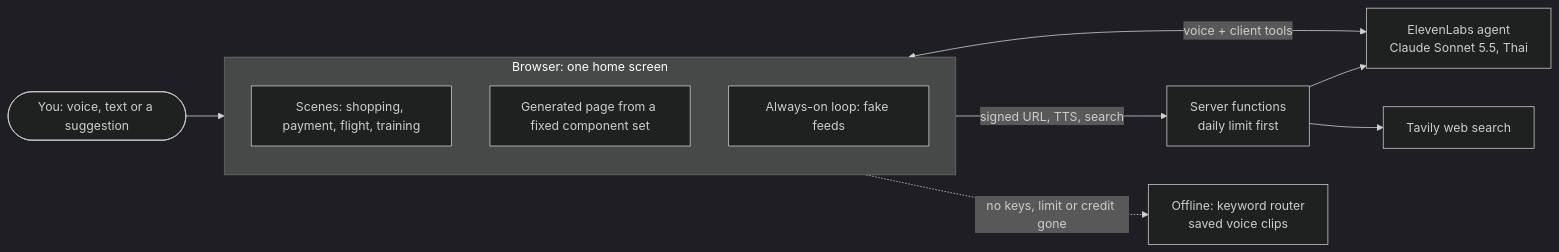
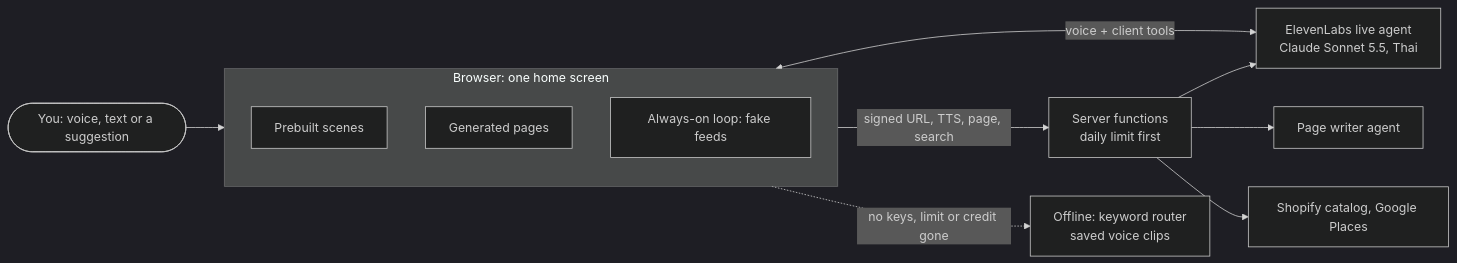
Before and after one commit to phittayanan/hackathon-team: the diagram in README.md, drawn with Mermaid (dark theme). The commit also changed other lines of this file and 12 other files, not shown here.

````diff
--- a/README.md
+++ b/README.md
@@ -79,14 +89,15 @@
 ```mermaid
 flowchart LR
   U([You: voice, text or a suggestion]) --> P
   subgraph P[Browser: one home screen]
-    S[Scenes: shopping, payment, flight, training]
-    G[Generated page from a fixed component set]
+    S[Prebuilt scenes]
+    G[Generated pages]
     L[Always-on loop: fake feeds]
   end
-  P <-- voice + client tools --> A[ElevenLabs agent<br/>Claude Sonnet 5.5, Thai]
-  P -- signed URL, TTS, search --> F[Server functions<br/>daily limit first]
+  P <-- voice + client tools --> A[ElevenLabs live agent<br/>Claude Sonnet 5.5, Thai]
+  P -- signed URL, TTS, page, search --> F[Server functions<br/>daily limit first]
   F --> A
-  F --> T[Tavily web search]
+  F --> W[Page writer agent]
+  F --> X[Shopify catalog, Google Places]
   P -. no keys, limit or credit gone .-> K[Offline: keyword router<br/>saved voice clips]
 ```
````
